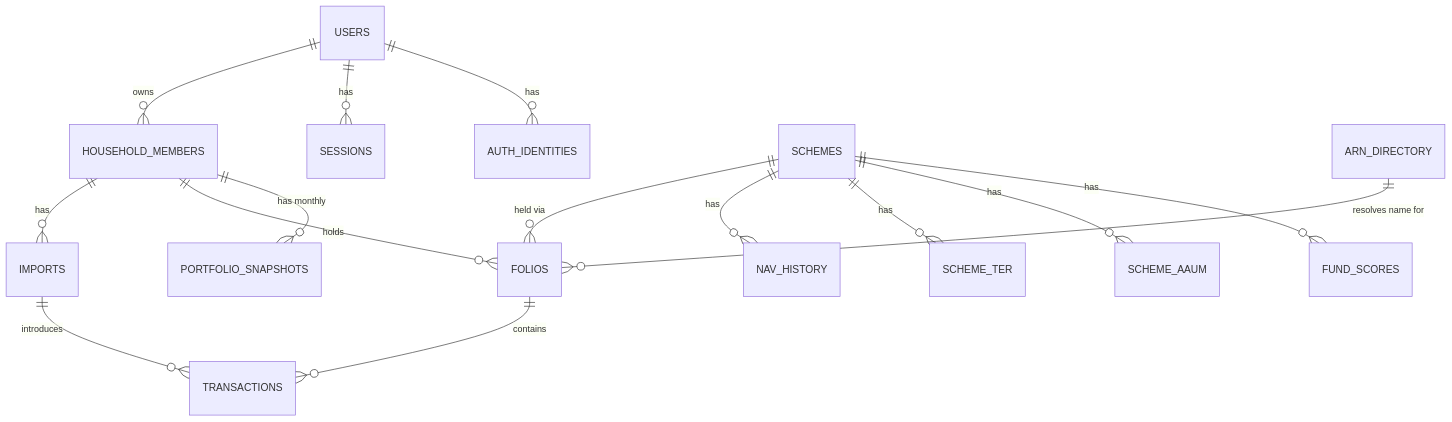
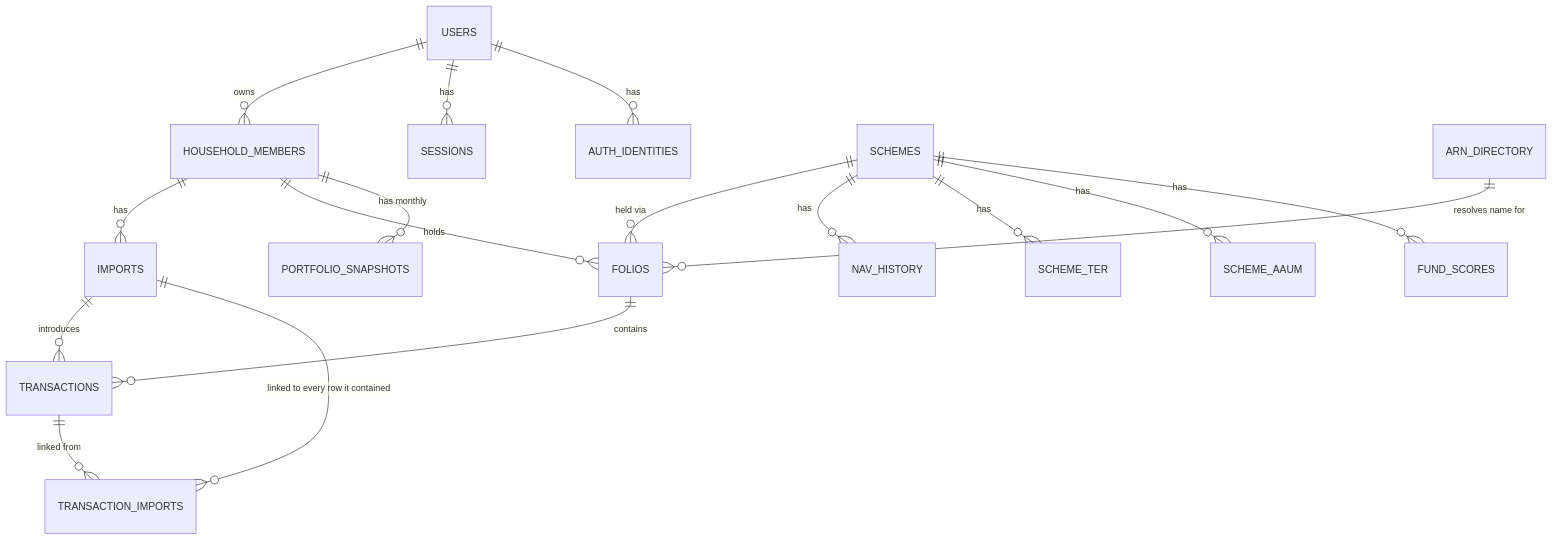
Before and after one commit to ayushkarnawat/MVP_V1_MF_only: the diagram in Docs/PRDs/Database-Schema-Unifolio.md, drawn with Mermaid. The commit also changed other lines of this file and 13 other files, not shown here.

````diff
--- a/Docs/PRDs/Database-Schema-Unifolio.md
+++ b/Docs/PRDs/Database-Schema-Unifolio.md
@@ -48,18 +48,20 @@
 ```mermaid
 %% Core relationships only — full column lists are in the Entity Definitions section below
 erDiagram
     USERS ||--o{ HOUSEHOLD_MEMBERS : "owns"
     USERS ||--o{ SESSIONS : "has"
     USERS ||--o{ AUTH_IDENTITIES : "has"
     HOUSEHOLD_MEMBERS ||--o{ IMPORTS : "has"
     HOUSEHOLD_MEMBERS ||--o{ FOLIOS : "holds"
     IMPORTS ||--o{ TRANSACTIONS : "introduces"
     FOLIOS ||--o{ TRANSACTIONS : "contains"
+    IMPORTS ||--o{ TRANSACTION_IMPORTS : "linked to every row it contained"
+    TRANSACTIONS ||--o{ TRANSACTION_IMPORTS : "linked from"
     SCHEMES ||--o{ FOLIOS : "held via"
     SCHEMES ||--o{ NAV_HISTORY : "has"
     SCHEMES ||--o{ SCHEME_TER : "has"
     SCHEMES ||--o{ SCHEME_AAUM : "has"
     SCHEMES ||--o{ FUND_SCORES : "has"
     ARN_DIRECTORY ||--o{ FOLIOS : "resolves name for"
     HOUSEHOLD_MEMBERS ||--o{ PORTFOLIO_SNAPSHOTS : "has monthly"
 ```
````
